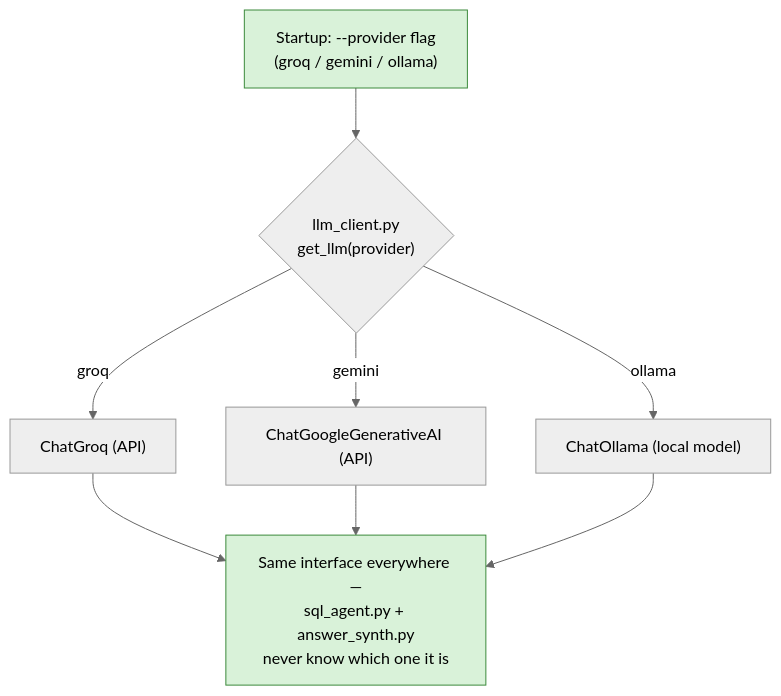
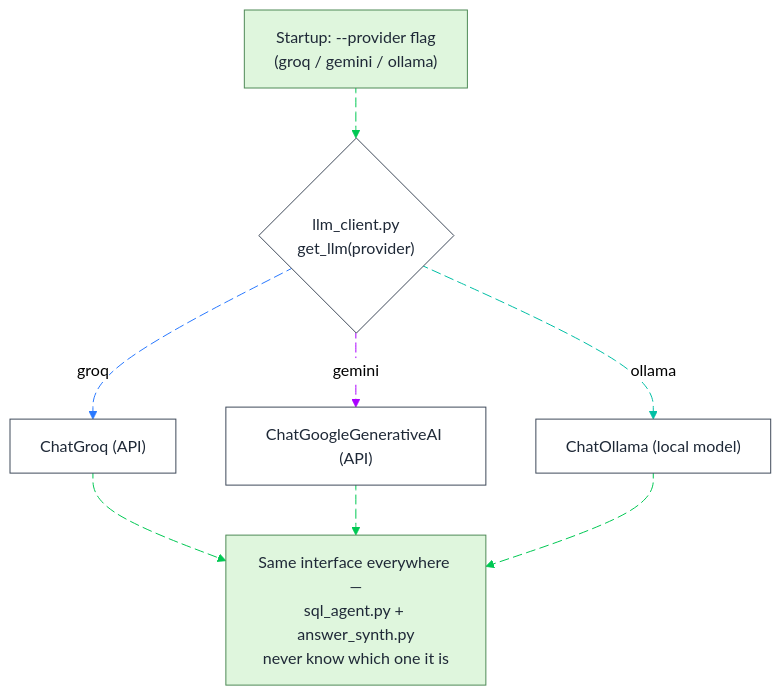
The fourth of 10 diagrams in Flowcharts_Mermaid_Source.md (Yuvrajtakk/logistics_chatbot), drawn with Mermaid (neutral theme) before and after one commit. The commit also changed other lines of this file and 2 other files, not shown here.

````diff
--- a/Flowcharts_Mermaid_Source.md
+++ b/Flowcharts_Mermaid_Source.md
@@ -59,19 +109,36 @@
 ```mermaid
 flowchart TD
     In["Startup: --provider flag<br/>(groq / gemini / ollama)"]:::good
     F{"llm_client.py<br/>get_llm(provider)"}
     Groq["ChatGroq (API)"]
     Gem["ChatGoogleGenerativeAI (API)"]
     Oll["ChatOllama (local model)"]
     Out["Same interface everywhere —<br/>sql_agent.py + answer_synth.py<br/>never know which one it is"]:::good
 
-    In --> F
-    F -->|groq| Groq
-    F -->|gemini| Gem
-    F -->|ollama| Oll
-    Groq --> Out
-    Gem --> Out
-    Oll --> Out
+    In L_In_F_0@--> F
+    F L_F_Groq_0@-->|groq| Groq
+    F L_F_Gem_0@-->|gemini| Gem
+    F L_F_Oll_0@-->|ollama| Oll
+    Groq L_Groq_Out_0@--> Out
+    Gem L_Gem_Out_0@--> Out
+    Oll L_Oll_Out_0@--> Out
 
-    classDef good fill:#D9F2D9,stroke:#3C8A3C
+    classDef default fill:#FFFFFF,stroke:#3F4A5A,color:#1F2937
+    classDef good fill:#DFF6DD,stroke:#4F8A57,color:#1F2937
+
+    linkStyle 0 stroke:#00C853,fill:none
+    linkStyle 1 stroke:#2979FF,fill:none
+    linkStyle 2 stroke:#AA00FF,fill:none
+    linkStyle 3 stroke:#00BFA5,fill:none
+    linkStyle 4 stroke:#00C853,fill:none
+    linkStyle 5 stroke:#00C853,fill:none
+    linkStyle 6 stroke:#00C853,fill:none
+
+    L_In_F_0@{ animation: slow }
+    L_F_Groq_0@{ animation: slow }
+    L_F_Gem_0@{ animation: slow }
+    L_F_Oll_0@{ animation: slow }
+    L_Groq_Out_0@{ animation: slow }
+    L_Gem_Out_0@{ animation: slow }
+    L_Oll_Out_0@{ animation: slow }
 ```
````
